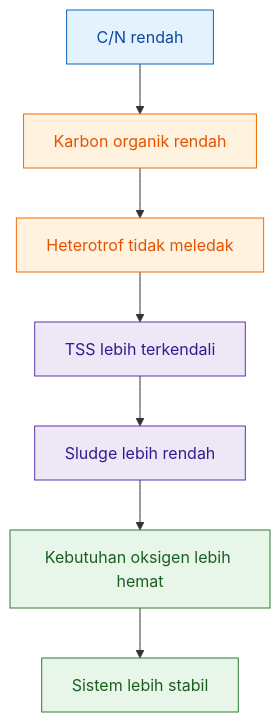
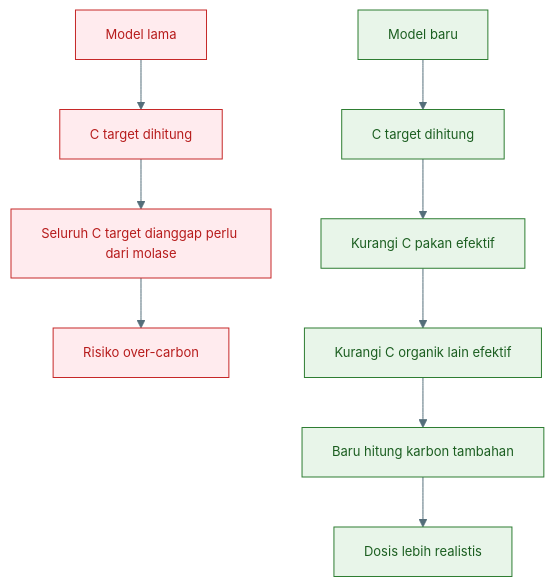
The eighth of 32 diagrams in content/blog/agri/perikanan/ratio-cn-rendah-biflok.mdx (slametsampon/kawruhnology), drawn with Mermaid before and after one commit. The commit also changed other lines of this file, not shown here.

Commit message:
upadte rasio c/n rendah

````diff
--- a/content/blog/agri/perikanan/ratio-cn-rendah-biflok.mdx
+++ b/content/blog/agri/perikanan/ratio-cn-rendah-biflok.mdx
@@ -1148,19 +1967,32 @@
-```mermaid id="rhh76o"
+```mermaid id="koreksi-model-karbon-cn"
+%%{init: {'theme':'base','themeVariables':{
+'primaryColor':'#E3F2FD',
+'primaryTextColor':'#0D47A1',
+'primaryBorderColor':'#1565C0',
+'secondaryColor':'#E8F5E9',
+'secondaryTextColor':'#1B5E20',
+'secondaryBorderColor':'#2E7D32',
+'tertiaryColor':'#FFF3E0',
+'tertiaryTextColor':'#E65100',
+'tertiaryBorderColor':'#EF6C00',
+'lineColor':'#546E7A',
+'fontSize':'13px'
+}}}%%
 flowchart TD
-    A["C/N rendah"] --> B["Karbon organik rendah"]
-    B --> C["Heterotrof tidak meledak"]
-    C --> D["TSS lebih terkendali"]
-    D --> E["Sludge lebih rendah"]
-    E --> F["Kebutuhan oksigen lebih hemat"]
-    F --> G["Sistem lebih stabil"]
+    A["Model lama"] --> B["C target dihitung"]
+    B --> C["Seluruh C target dianggap perlu dari molase"]
+    C --> D["Risiko over-carbon"]
 
-    classDef start fill:#e3f2fd,stroke:#1565c0,color:#0d47a1;
-    classDef carbon fill:#fff3e0,stroke:#ef6c00,color:#e65100;
-    classDef solid fill:#ede7f6,stroke:#5e35b1,color:#311b92;
-    classDef oxygen fill:#e8f5e9,stroke:#2e7d32,color:#1b5e20;
+    E["Model baru"] --> F["C target dihitung"]
+    F --> G["Kurangi C pakan efektif"]
+    G --> H["Kurangi C organik lain efektif"]
+    H --> I["Baru hitung karbon tambahan"]
+    I --> J["Dosis lebih realistis"]
 
-    class A start;
-    class B,C carbon;
-    class D,E solid;
-    class F,G oxygen;
+    classDef lama fill:#FFEBEE,stroke:#C62828,color:#B71C1C;
+    classDef baru fill:#E8F5E9,stroke:#2E7D32,color:#1B5E20;
+    classDef netral fill:#E3F2FD,stroke:#1565C0,color:#0D47A1;
+
+    class A,B,C,D lama;
+    class E,F,G,H,I,J baru;
 ```
````
